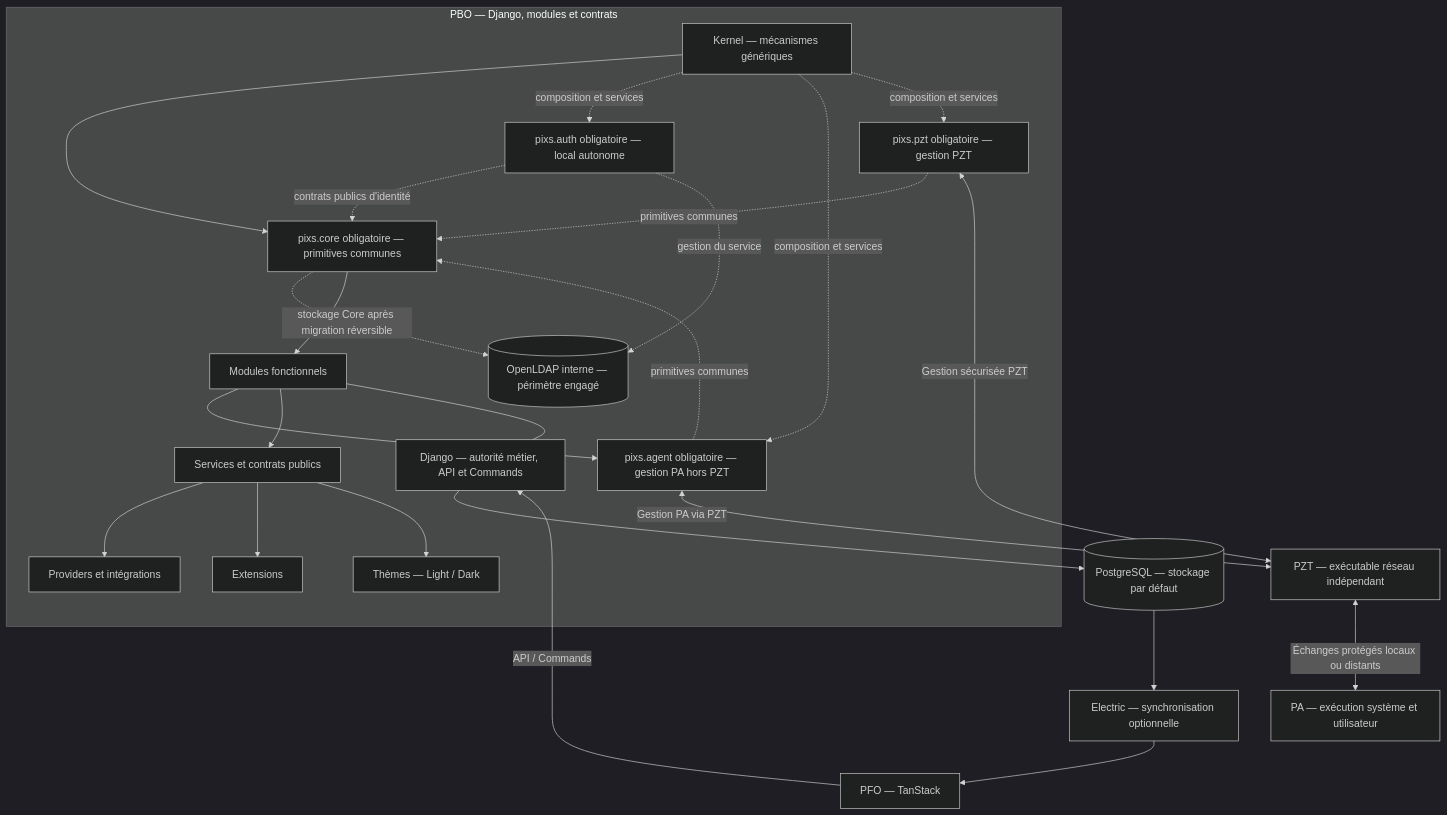
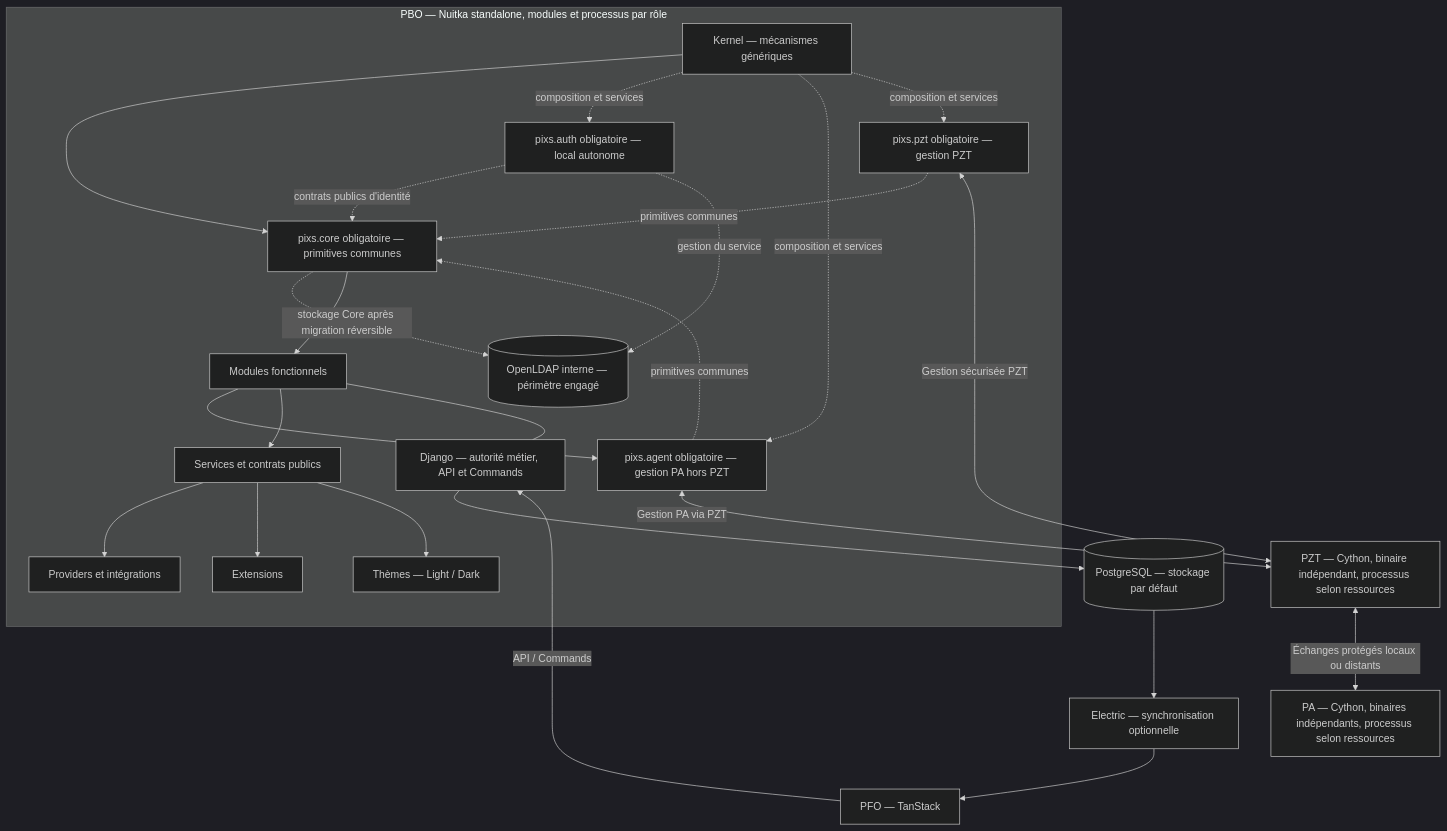
The second of 3 diagrams in PROJECT.md (AzenorPixs/pixs), drawn with Mermaid (dark theme) before and after one commit. The commit also changed other lines of this file and 113 other files, not shown here.

````diff
--- a/PROJECT.md
+++ b/PROJECT.md
@@ -3580,27 +3591,27 @@
 ```mermaid
 flowchart TB
-    subgraph B["PBO — Django, modules et contrats"]
+    subgraph B["PBO — Nuitka standalone, modules et processus par rôle"]
         K["Kernel — mécanismes génériques"] --> C["pixs.core obligatoire — primitives communes"]
         K -. "composition et services" .-> AU["pixs.auth obligatoire — local autonome"]
         AU -. "contrats publics d'identité" .-> C
         C -. "stockage Core après migration réversible" .-> LD[("OpenLDAP interne — périmètre engagé")]
         AU -. "gestion du service" .-> LD
         C --> M["Modules fonctionnels"]
         K -. "composition et services" .-> A["pixs.agent obligatoire — gestion PA hors PZT"]
         K -. "composition et services" .-> Z["pixs.pzt obligatoire — gestion PZT"]
         A -. "primitives communes" .-> C
         Z -. "primitives communes" .-> C
         M --> A
         M --> S["Services et contrats publics"]
         S --> V["Providers et intégrations"]
         S --> X["Extensions"]
         S --> TH["Thèmes — Light / Dark"]
         M --- DJ["Django — autorité métier, API et Commands"]
     end
     DJ --> DB[("PostgreSQL — stockage par défaut")]
     FE["PFO — TanStack"] -->|"API / Commands"| DJ
     DB --> E["Electric — synchronisation optionnelle"] --> FE
-    A <-->|"Gestion PA via PZT"| T["PZT — exécutable réseau indépendant"]
+    A <-->|"Gestion PA via PZT"| T["PZT — Cython, binaire indépendant, processus selon ressources"]
     Z <-->|"Gestion sécurisée PZT"| T
-    T <-->|"Échanges protégés locaux ou distants"| P["PA — exécution système et utilisateur"]
+    T <-->|"Échanges protégés locaux ou distants"| P["PA — Cython, binaires indépendants, processus selon ressources"]
 ```
````
